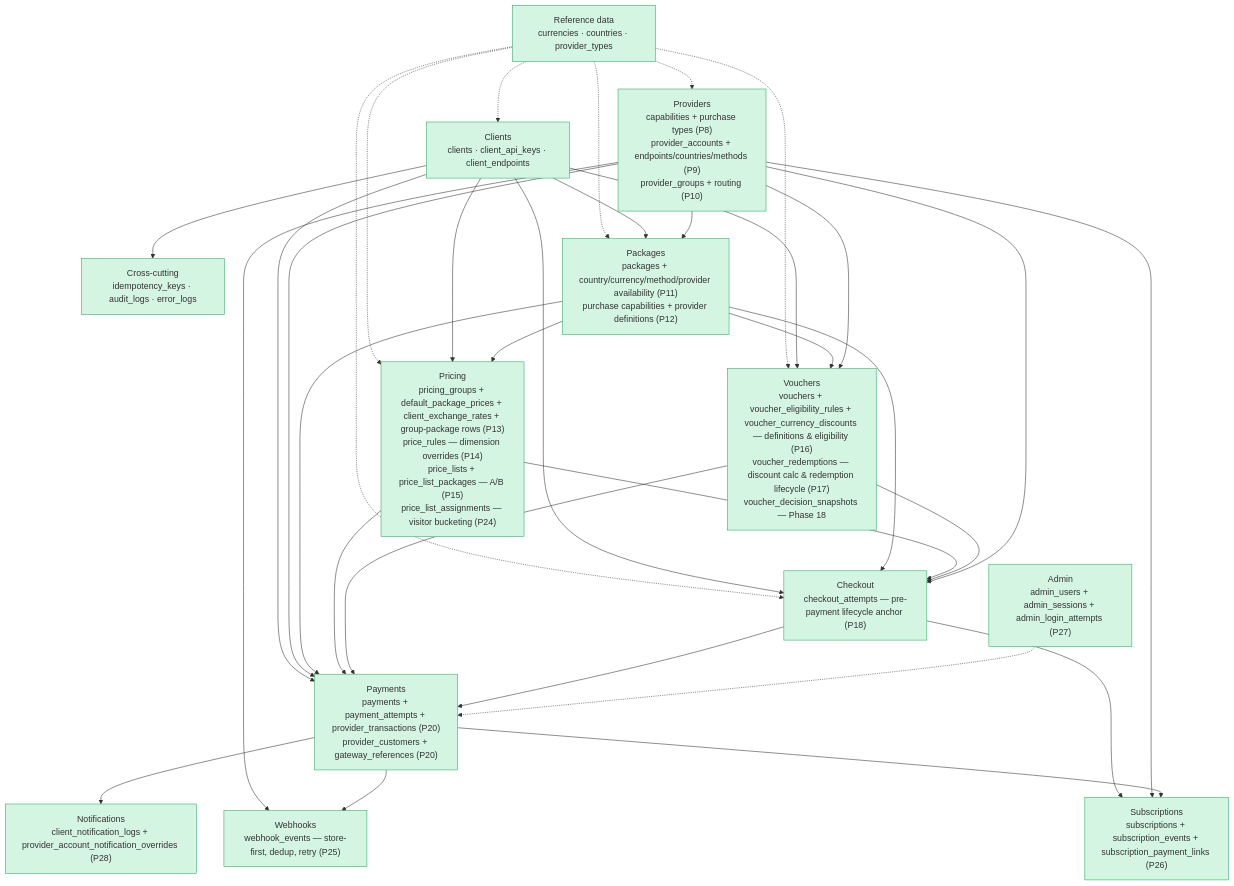
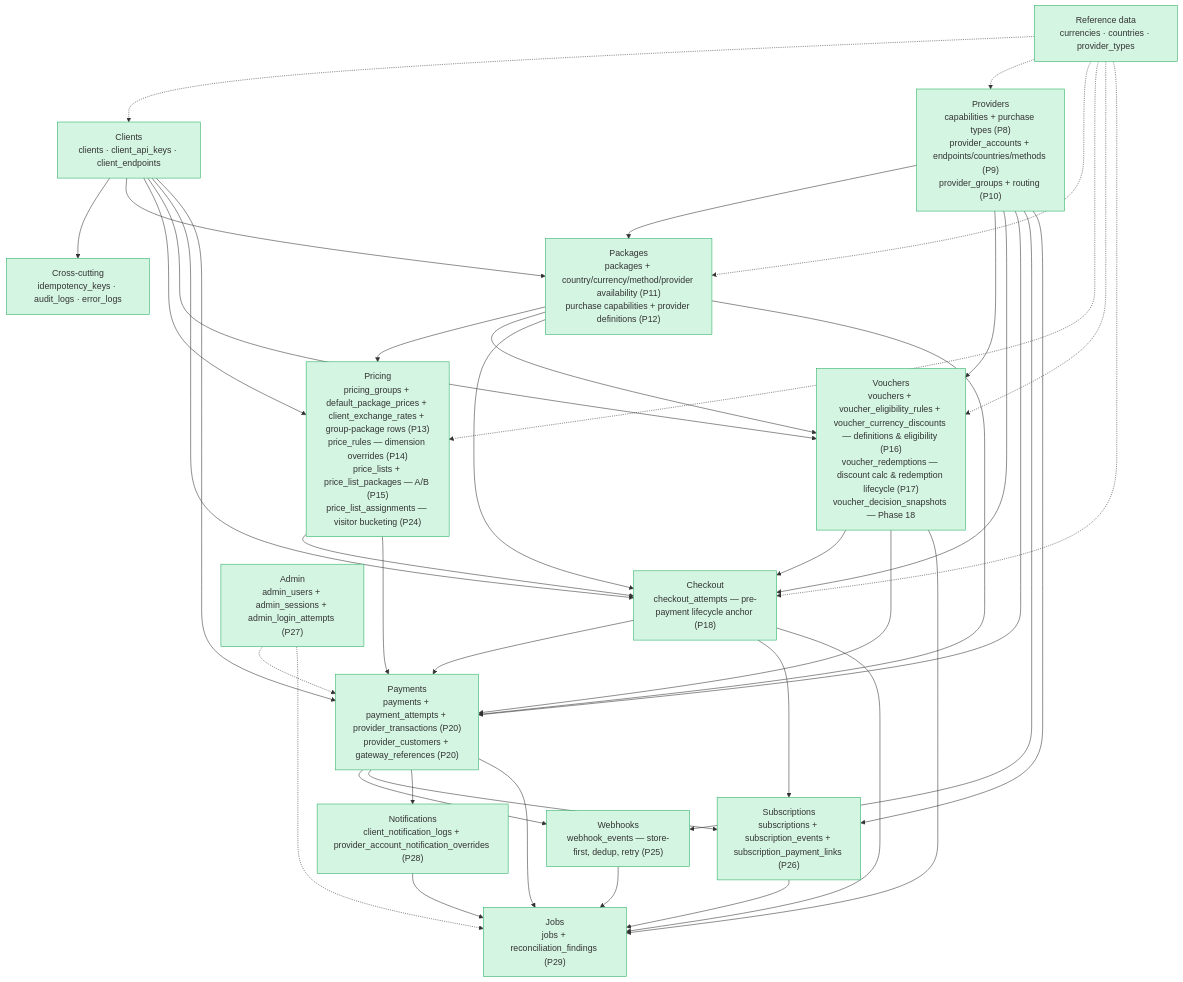
Before and after one commit to mahsashahi/Gomrok: the first of 21 diagrams in .claude/docs/database-diagram.md, drawn with Mermaid. The commit also changed other lines of this file and 136 other files, not shown here.

````diff
--- a/.claude/docs/database-diagram.md
+++ b/.claude/docs/database-diagram.md
@@ -9,52 +9,60 @@
 ```mermaid
 flowchart TD
     Ref["Reference data<br/>currencies · countries · provider_types"]
     Xc["Cross-cutting<br/>idempotency_keys · audit_logs · error_logs"]
     Clients["Clients<br/>clients · client_api_keys · client_endpoints"]
     Providers["Providers<br/>capabilities + purchase types (P8)<br/>provider_accounts + endpoints/countries/methods (P9)<br/>provider_groups + routing (P10)"]
     Packages["Packages<br/>packages + country/currency/method/provider availability (P11)<br/>purchase capabilities + provider definitions (P12)"]
     Pricing["Pricing<br/>pricing_groups + default_package_prices + client_exchange_rates + group-package rows (P13)<br/>price_rules — dimension overrides (P14)<br/>price_lists + price_list_packages — A/B (P15)<br/>price_list_assignments — visitor bucketing (P24)"]
     Vouchers["Vouchers<br/>vouchers + voucher_eligibility_rules + voucher_currency_discounts — definitions & eligibility (P16)<br/>voucher_redemptions — discount calc & redemption lifecycle (P17)<br/>voucher_decision_snapshots — Phase 18"]
     Checkout["Checkout<br/>checkout_attempts — pre-payment lifecycle anchor (P18)"]
     Payments["Payments<br/>payments + payment_attempts + provider_transactions (P20)<br/>provider_customers + gateway_references (P20)"]
     Webhooks["Webhooks<br/>webhook_events — store-first, dedup, retry (P25)"]
     Subscriptions["Subscriptions<br/>subscriptions + subscription_events + subscription_payment_links (P26)"]
     Notifications["Notifications<br/>client_notification_logs + provider_account_notification_overrides (P28)"]
     Admin["Admin<br/>admin_users + admin_sessions + admin_login_attempts (P27)"]
+    Jobs["Jobs<br/>jobs + reconciliation_findings (P29)"]
     Ref -.-> Clients
     Ref -.-> Providers
     Ref -.-> Packages
     Ref -.-> Pricing
     Ref -.-> Vouchers
     Ref -.-> Checkout
     Clients --> Xc
     Clients --> Packages
     Providers --> Packages
     Clients --> Pricing
     Packages --> Pricing
     Clients --> Vouchers
     Packages --> Vouchers
     Providers --> Vouchers
     Clients --> Checkout
     Packages --> Checkout
     Pricing --> Checkout
     Vouchers --> Checkout
     Providers --> Checkout
     Clients --> Payments
     Providers --> Payments
     Packages --> Payments
     Pricing --> Payments
     Vouchers --> Payments
     Checkout --> Payments
     Providers --> Webhooks
     Payments --> Webhooks
     Checkout --> Subscriptions
     Providers --> Subscriptions
     Payments --> Subscriptions
     Payments --> Notifications
     Admin -.-> Payments
+    Webhooks --> Jobs
+    Notifications --> Jobs
+    Vouchers --> Jobs
+    Checkout --> Jobs
+    Subscriptions --> Jobs
+    Payments --> Jobs
+    Admin -.-> Jobs
 
     classDef done fill:#d5f5e3,stroke:#27ae60;
     classDef todo fill:#f8f9fa,stroke:#adb5bd,color:#868e96;
-    class Ref,Xc,Clients,Providers,Packages,Pricing,Vouchers,Checkout,Payments,Webhooks,Subscriptions,Notifications,Admin done;
+    class Ref,Xc,Clients,Providers,Packages,Pricing,Vouchers,Checkout,Payments,Webhooks,Subscriptions,Notifications,Admin,Jobs done;
 ```
````
